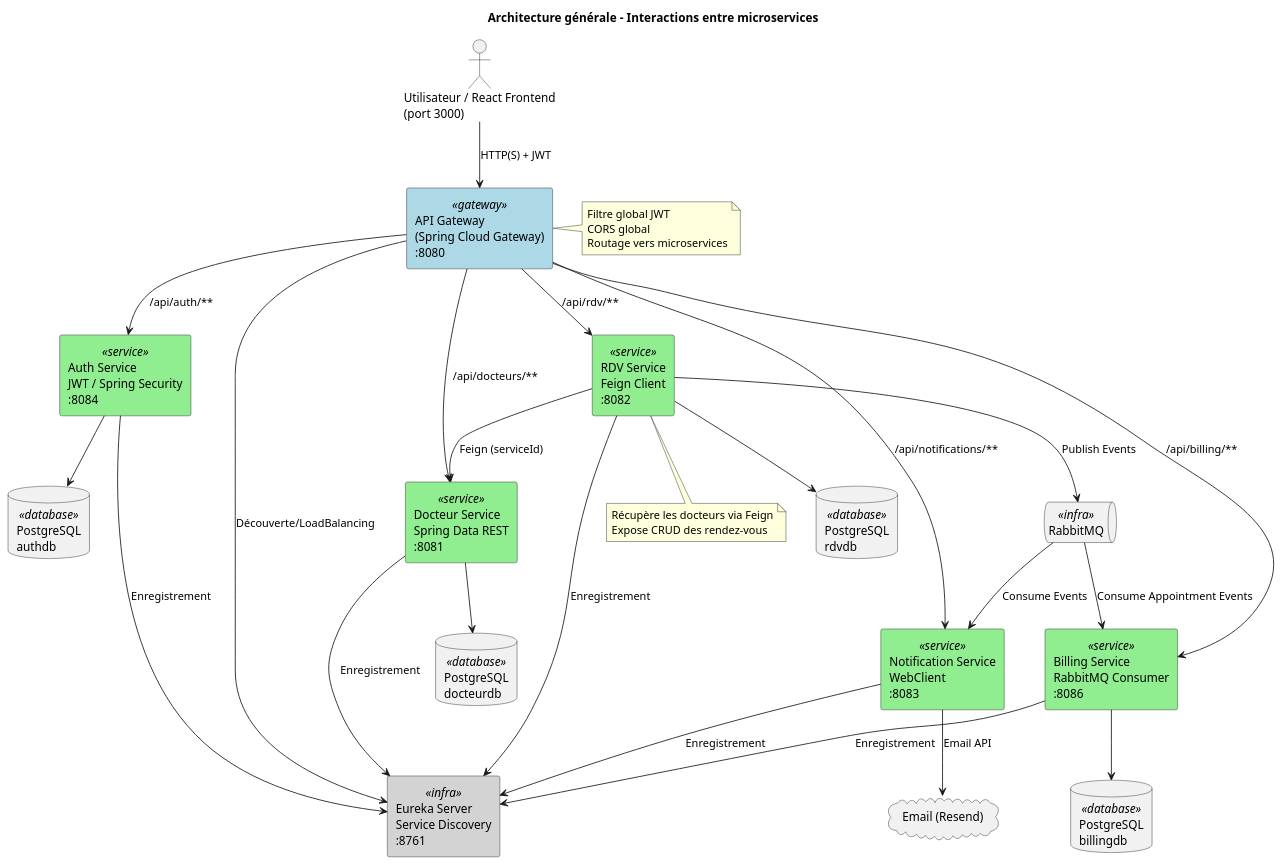
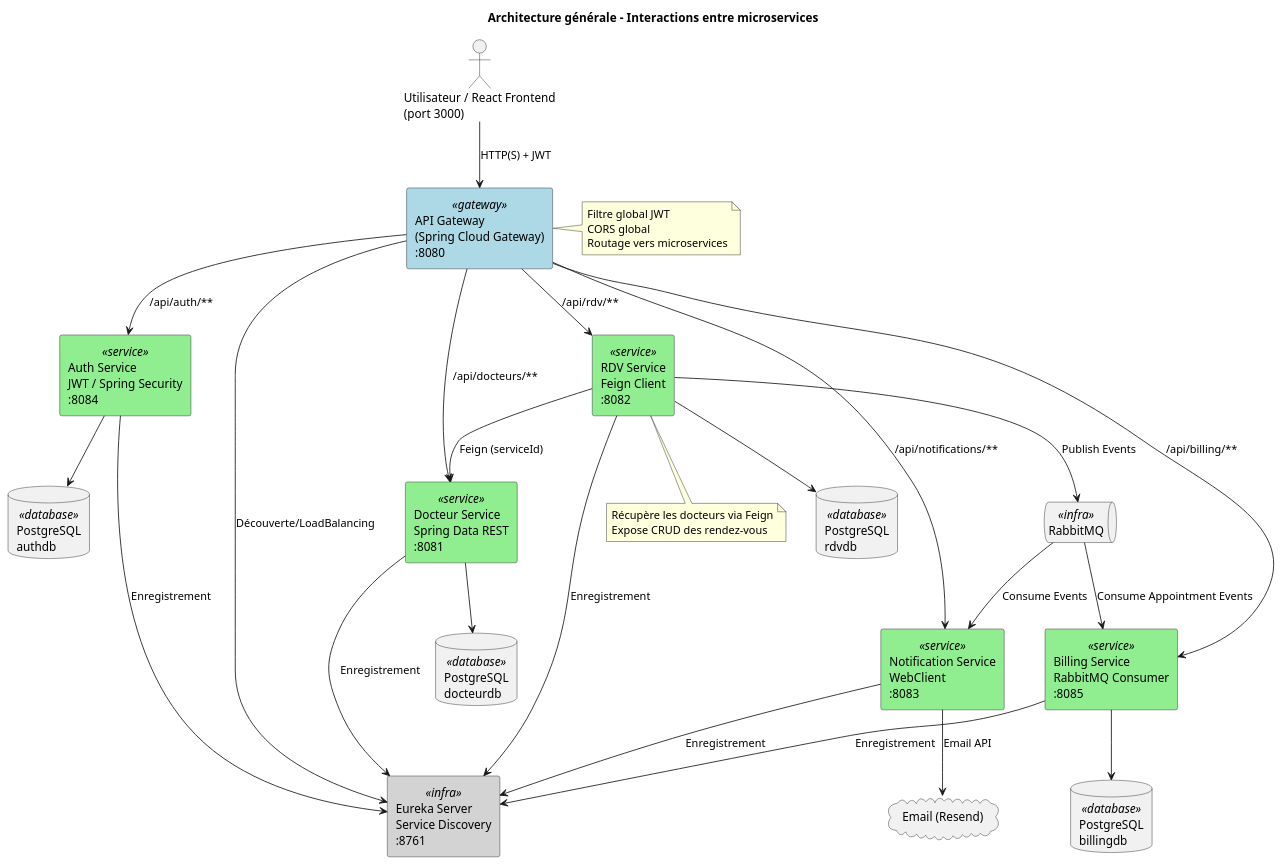
Before and after one commit to sohaibmokhliss/microservices-medical-appointment: the diagram in diagrams/8-architecture-interactions.puml, drawn with PlantUML. The commit also changed 2 other files, not shown here.

Commit message:
Fix port numbers in diagrams to match actual service configuration

```diff
--- a/diagrams/8-architecture-interactions.puml
+++ b/diagrams/8-architecture-interactions.puml
@@ -1,68 +1,68 @@
 @startuml Architecture Interactions
 
 skinparam backgroundColor white
 skinparam componentStyle rectangle
 skinparam component {
     BackgroundColor<<gateway>> LightBlue
     BackgroundColor<<service>> LightGreen
     BackgroundColor<<infra>> LightGray
     BackgroundColor<<database>> LightYellow
 }
 
 title Architecture générale - Interactions entre microservices
 
 actor "Utilisateur / React Frontend\n(port 3000)" as user
 
 component "API Gateway\n(Spring Cloud Gateway)\n:8080" <<gateway>> as gateway
 component "Auth Service\nJWT / Spring Security\n:8084" <<service>> as auth
 component "Docteur Service\nSpring Data REST\n:8081" <<service>> as docteur
 component "RDV Service\nFeign Client\n:8082" <<service>> as rdv
 component "Notification Service\nWebClient\n:8083" <<service>> as notif
-component "Billing Service\nRabbitMQ Consumer\n:8086" <<service>> as billing
+component "Billing Service\nRabbitMQ Consumer\n:8085" <<service>> as billing
 
 database "PostgreSQL\nauthdb" <<database>> as dbAuth
 database "PostgreSQL\ndocteurdb" <<database>> as dbDoc
 database "PostgreSQL\nrdvdb" <<database>> as dbRdv
 database "PostgreSQL\nbillingdb" <<database>> as dbBilling
 
 queue "RabbitMQ" <<infra>> as rabbit
 cloud "Email (Resend)" as external
 component "Eureka Server\nService Discovery\n:8761" <<infra>> as eureka
 
 user --> gateway : HTTP(S) + JWT
 gateway --> auth : /api/auth/**
 gateway --> docteur : /api/docteurs/**
 gateway --> rdv : /api/rdv/**
 gateway --> notif : /api/notifications/**
 gateway --> billing : /api/billing/**
 
 rdv --> docteur : Feign (serviceId)
 rdv --> rabbit : Publish Events
 rabbit --> notif : Consume Events
 rabbit --> billing : Consume Appointment Events
 
 auth --> dbAuth
 docteur --> dbDoc
 rdv --> dbRdv
 billing --> dbBilling
 notif --> external : Email API
 
 auth --> eureka : Enregistrement
 docteur --> eureka : Enregistrement
 rdv --> eureka : Enregistrement
 notif --> eureka : Enregistrement
 billing --> eureka : Enregistrement
 gateway --> eureka : Découverte/LoadBalancing
 
 note right of gateway
   Filtre global JWT
   CORS global
   Routage vers microservices
 end note
 
 note bottom of rdv
   Récupère les docteurs via Feign
   Expose CRUD des rendez-vous
 end note
 
 @enduml
```
